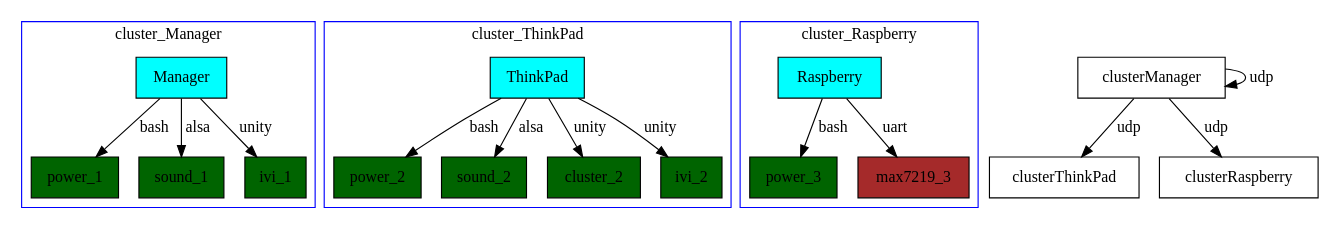
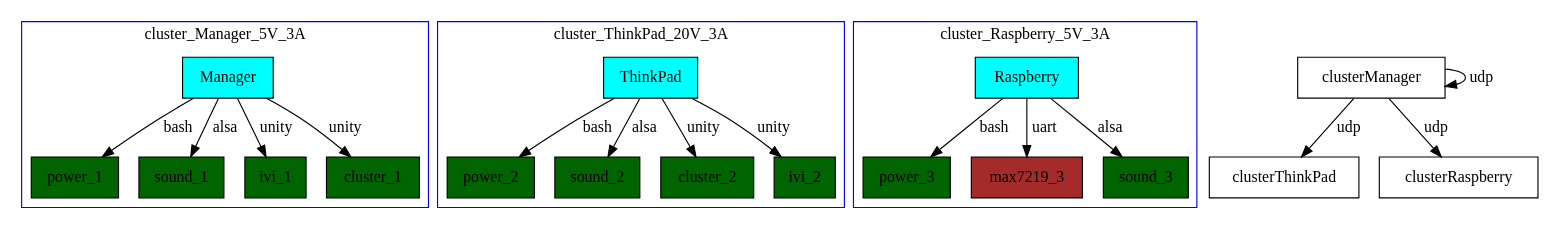
The diagram in manager/client/src/assets/diagram.gv (YvesCousteau/ProtoCom), drawn with Graphviz before and after one commit. The commit also changed 4 other files, not shown here.

```diff
--- a/manager/client/src/assets/diagram.gv
+++ b/manager/client/src/assets/diagram.gv
@@ -1,36 +1,40 @@
 digraph G {
 	node [shape=record]
 	subgraph clusterManager {
-		color=blue label=cluster_Manager
+		color=blue label=cluster_Manager_5V_3A
 		Manager [fillcolor=cyan style=filled]
 		power_1 [fillcolor=darkgreen style=filled]
 		Manager -> power_1 [label=bash len=2.0]
 		sound_1 [fillcolor=darkgreen style=filled]
 		Manager -> sound_1 [label=alsa len=2.0]
 		ivi_1 [fillcolor=darkgreen style=filled]
 		Manager -> ivi_1 [label=unity len=2.0]
+		cluster_1 [fillcolor=darkgreen style=filled]
+		Manager -> cluster_1 [label=unity len=2.0]
 	}
 	subgraph clusterThinkPad {
-		color=blue label=cluster_ThinkPad
+		color=blue label=cluster_ThinkPad_20V_3A
 		ThinkPad [fillcolor=cyan style=filled]
 		power_2 [fillcolor=darkgreen style=filled]
 		ThinkPad -> power_2 [label=bash len=2.0]
 		sound_2 [fillcolor=darkgreen style=filled]
 		ThinkPad -> sound_2 [label=alsa len=2.0]
 		cluster_2 [fillcolor=darkgreen style=filled]
 		ThinkPad -> cluster_2 [label=unity len=2.0]
 		ivi_2 [fillcolor=darkgreen style=filled]
 		ThinkPad -> ivi_2 [label=unity len=2.0]
 	}
 	subgraph clusterRaspberry {
-		color=blue label=cluster_Raspberry
+		color=blue label=cluster_Raspberry_5V_3A
 		Raspberry [fillcolor=cyan style=filled]
 		power_3 [fillcolor=darkgreen style=filled]
 		Raspberry -> power_3 [label=bash len=2.0]
 		max7219_3 [fillcolor=brown style=filled]
 		Raspberry -> max7219_3 [label=uart len=2.0]
+		sound_3 [fillcolor=darkgreen style=filled]
+		Raspberry -> sound_3 [label=alsa len=2.0]
 	}
 	clusterManager -> clusterManager [label=udp len=10.0]
 	clusterManager -> clusterThinkPad [label=udp len=10.0]
 	clusterManager -> clusterRaspberry [label=udp len=10.0]
 }
```
